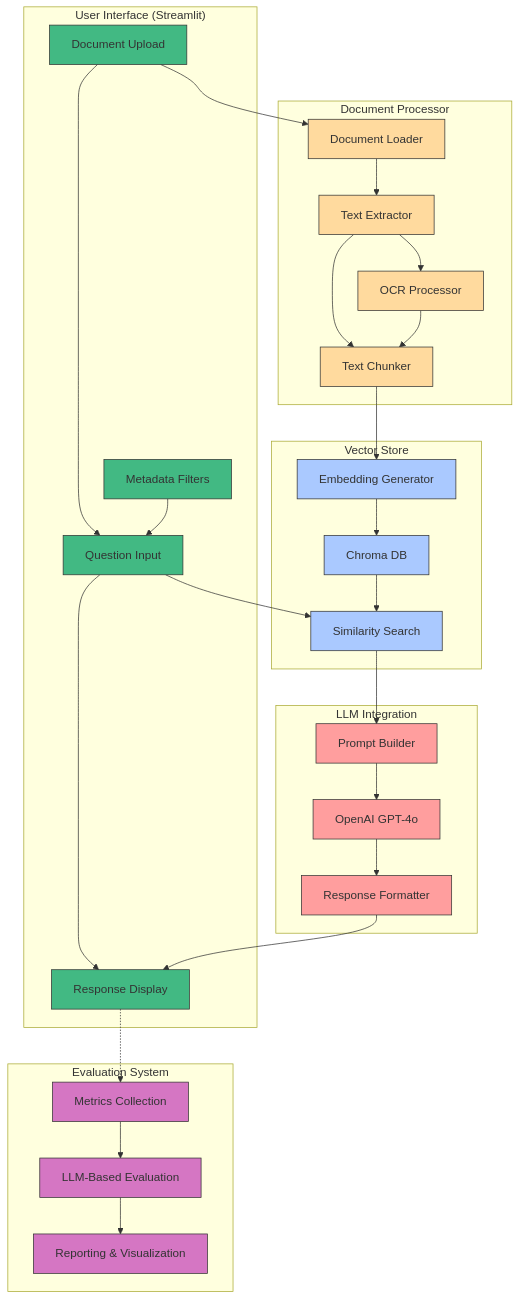
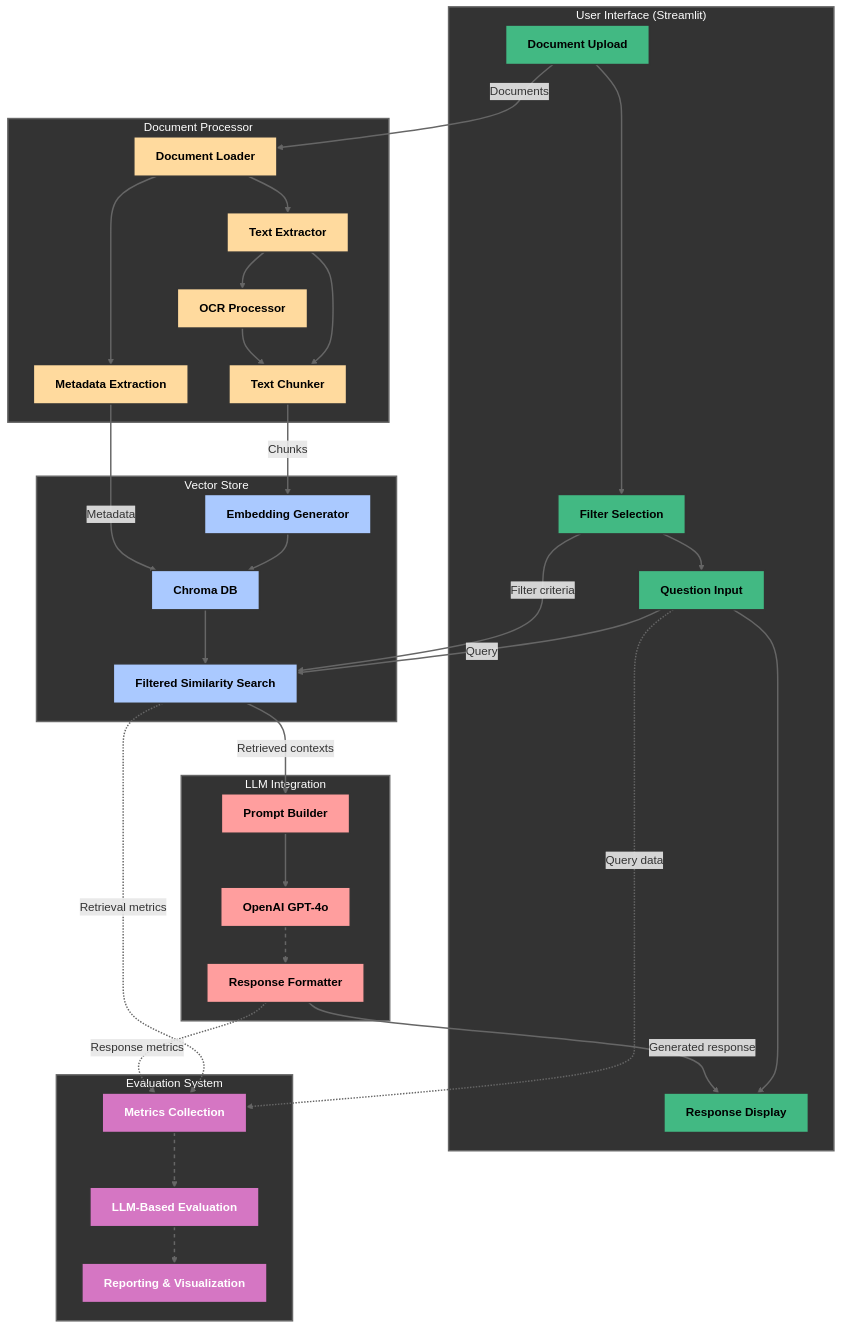
One commit to mdwaquarahmad/fortune500-rag changed the diagram in README.md. Above: the diagram before and after it, drawn with Mermaid. The commit also changed other lines of this file, not shown here.

Commit message:
readme update

````diff
--- a/README.md
+++ b/README.md
@@ -36,49 +36,73 @@
 ```mermaid
 flowchart TD
+    %% User Interface Component
     subgraph UI["User Interface (Streamlit)"]
-        A1[Document Upload] --> A2[Question Input]
-        A2 --> A3[Response Display]
-        A4[Metadata Filters] --> A2
+        style UI fill:#333333,stroke:#666666,stroke-width:2px,color:white
+        A1["Document Upload"] --> A2["Filter Selection"] 
+        A2 --> A3["Question Input"]
+        A3 --> A4["Response Display"]
     end
-
+    
+    %% Document Processor Component
     subgraph DP["Document Processor"]
-        B1[Document Loader] --> B2[Text Extractor]
-        B2 --> B3[OCR Processor]
-        B2 --> B4[Text Chunker]
+        style DP fill:#333333,stroke:#666666,stroke-width:2px,color:white
+        B1["Document Loader"] --> B2["Text Extractor"]
+        B2 --> B3["OCR Processor"]
+        B2 --> B4["Text Chunker"]
         B3 --> B4
+        B1 --> B5["Metadata Extraction"]
     end
-
+    
+    %% Vector Store Component
     subgraph VS["Vector Store"]
-        C1[Embedding Generator] --> C2[Chroma DB]
-        C2 --> C3[Similarity Search]
+        style VS fill:#333333,stroke:#666666,stroke-width:2px,color:white
+        C1["Embedding Generator"] --> C2["Chroma DB"]
+        C2 --> C3["Filtered Similarity Search"]
     end
-
+    
+    %% LLM Integration Component
     subgraph LLM["LLM Integration"]
-        D1[Prompt Builder] --> D2[OpenAI GPT-4o]
-        D2 --> D3[Response Formatter]
+        style LLM fill:#333333,stroke:#666666,stroke-width:2px,color:white
+        D1["Prompt Builder"] --> D2["OpenAI GPT-4o"]
+        D2 --> D3["Response Formatter"]
     end
-
+    
+    %% Evaluation System Component
     subgraph EVAL["Evaluation System"]
-        E1[Metrics Collection] --> E2[LLM-Based Evaluation]
-        E2 --> E3[Reporting & Visualization]
+        style EVAL fill:#333333,stroke:#666666,stroke-width:2px,color:white
+        E1["Metrics Collection"] --> E2["LLM-Based Evaluation"]
+        E2 --> E3["Reporting & Visualization"]
     end
-
-    A1 --> B1
-    B4 --> C1
-    A2 --> C3
-    C3 --> D1
-    D3 --> A3
-    A3 -.-> E1
-
-    classDef primary fill:#42b983,stroke:#333,stroke-width:1px;
-    classDef secondary fill:#ffda9e,stroke:#333,stroke-width:1px;
-    classDef tertiary fill:#aac9ff,stroke:#333,stroke-width:1px;
-    classDef quaternary fill:#ff9e9e,stroke:#333,stroke-width:1px;
-    classDef evaluation fill:#d576c3,stroke:#333,stroke-width:1px;
-
-    class A1,A2,A3,A4 primary;
-    class B1,B2,B3,B4 secondary;
-    class C1,C2,C3 tertiary;
-    class D1,D2,D3 quaternary;
-    class E1,E2,E3 evaluation;
+    
+    %% Main Data Flow Connections
+    A1 -- "Documents" --> B1
+    B4 -- "Chunks" --> C1
+    B5 -- "Metadata" --> C2
+    A3 -- "Query" --> C3
+    A2 -- "Filter criteria" --> C3
+    C3 -- "Retrieved contexts" --> D1
+    D3 -- "Generated response" --> A4
+    
+    %% Evaluation System Connections
+    C3 -. "Retrieval metrics" .-> E1
+    D3 -. "Response metrics" .-> E1
+    A3 -. "Query data" .-> E1
+    
+    %% Styling for specific components
+    classDef uiComponents fill:#42b983,stroke:#333,stroke-width:2px,color:black,font-weight:bold
+    classDef dpComponents fill:#ffda9e,stroke:#333,stroke-width:2px,color:black,font-weight:bold
+    classDef vsComponents fill:#aac9ff,stroke:#333,stroke-width:2px,color:black,font-weight:bold
+    classDef llmComponents fill:#ff9e9e,stroke:#333,stroke-width:2px,color:black,font-weight:bold
+    classDef evalComponents fill:#d576c3,stroke:#333,stroke-width:2px,color:white,font-weight:bold
+    
+    %% Apply styles to components
+    class A1,A2,A3,A4 uiComponents
+    class B1,B2,B3,B4,B5 dpComponents
+    class C1,C2,C3 vsComponents
+    class D1,D2,D3 llmComponents
+    class E1,E2,E3 evalComponents
+    
+    %% Link styling
+    linkStyle default stroke:#666,stroke-width:2px
+    linkStyle 11,12,13 stroke:#666,stroke-width:2px,stroke-dasharray:5 5
 ```
````
